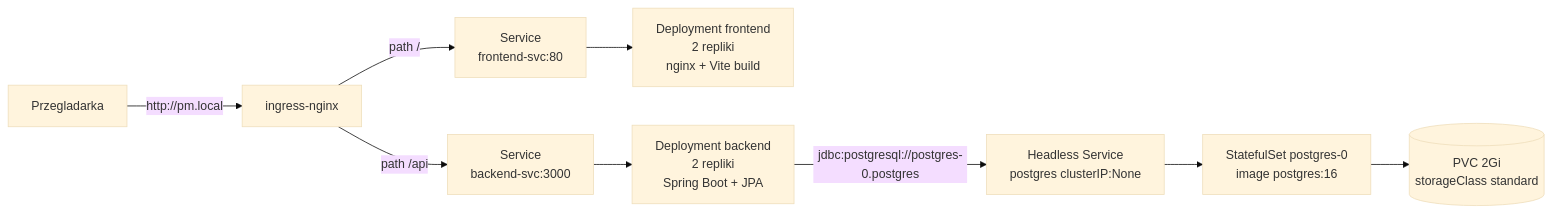
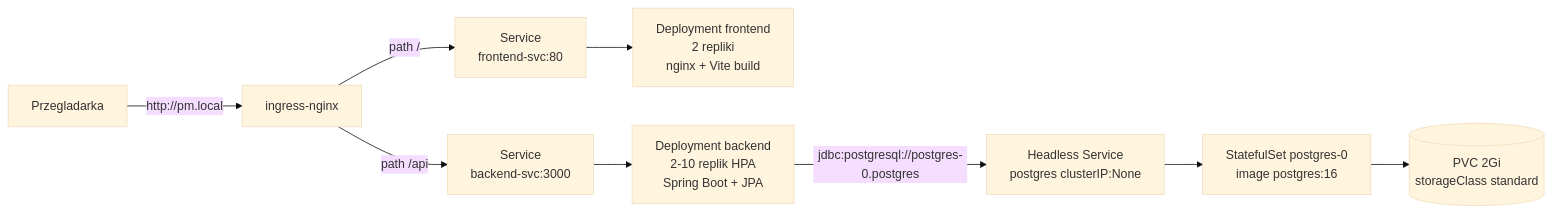
Before and after one commit to WojciechGalant1/categories-game: the diagram in README.md, drawn with Mermaid (base theme). The commit also changed other lines of this file and 21 other files, not shown here.

Commit message:
Remove Kubernetes manifests and related files, transitioning to a Helm chart for deployment. Update README to reflect changes in architecture, including the use of Helm and adjustments to backend scaling and deployment instructions.

````diff
--- a/README.md
+++ b/README.md
@@ -6,11 +7,11 @@
 ```mermaid
 flowchart LR
     user[Przegladarka] -->|http://pm.local| ingress[ingress-nginx]
     ingress -->|path /| feSvc[Service<br/>frontend-svc:80]
     ingress -->|path /api| beSvc[Service<br/>backend-svc:3000]
     feSvc --> feDep[Deployment frontend<br/>2 repliki<br/>nginx + Vite build]
-    beSvc --> beDep[Deployment backend<br/>2 repliki<br/>Spring Boot + JPA]
+    beSvc --> beDep[Deployment backend<br/>2-10 replik HPA<br/>Spring Boot + JPA]
     beDep -->|"jdbc:postgresql://postgres-0.postgres"| pgHl[Headless Service<br/>postgres clusterIP:None]
     pgHl --> pgSs[StatefulSet postgres-0<br/>image postgres:16]
     pgSs --> pvc[(PVC 2Gi<br/>storageClass standard)]
 ```
````
